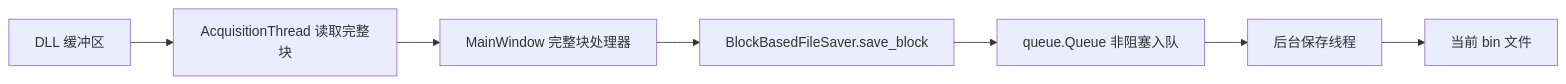
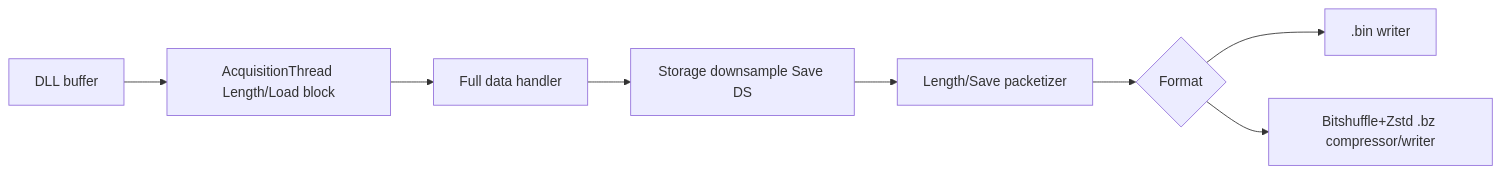
Before and after one commit to chyiever/pcie7821_gui: the diagram in docs/README-2026-03-20-eDAS数据存储技术说明.md, drawn with Mermaid. The commit also changed other lines of this file and 15 other files, not shown here.

````diff
--- a/docs/README-2026-03-20-eDAS数据存储技术说明.md
+++ b/docs/README-2026-03-20-eDAS数据存储技术说明.md
@@ -13,9 +17,10 @@
 ```mermaid
 flowchart LR
-    A[DLL 缓冲区] --> B[AcquisitionThread 读取完整块]
-    B --> C[MainWindow 完整块处理器]
-    C --> D[BlockBasedFileSaver.save_block]
-    D --> E[queue.Queue 非阻塞入队]
-    E --> F[后台保存线程]
-    F --> G[当前 bin 文件]
+    A[DLL buffer] --> B[AcquisitionThread Length/Load block]
+    B --> C[Full data handler]
+    C --> D[Storage downsample Save DS]
+    D --> E[Length/Save packetizer]
+    E --> F{Format}
+    F --> G[.bin writer]
+    F --> H[Bitshuffle+Zstd .bz compressor/writer]
 ```
````
